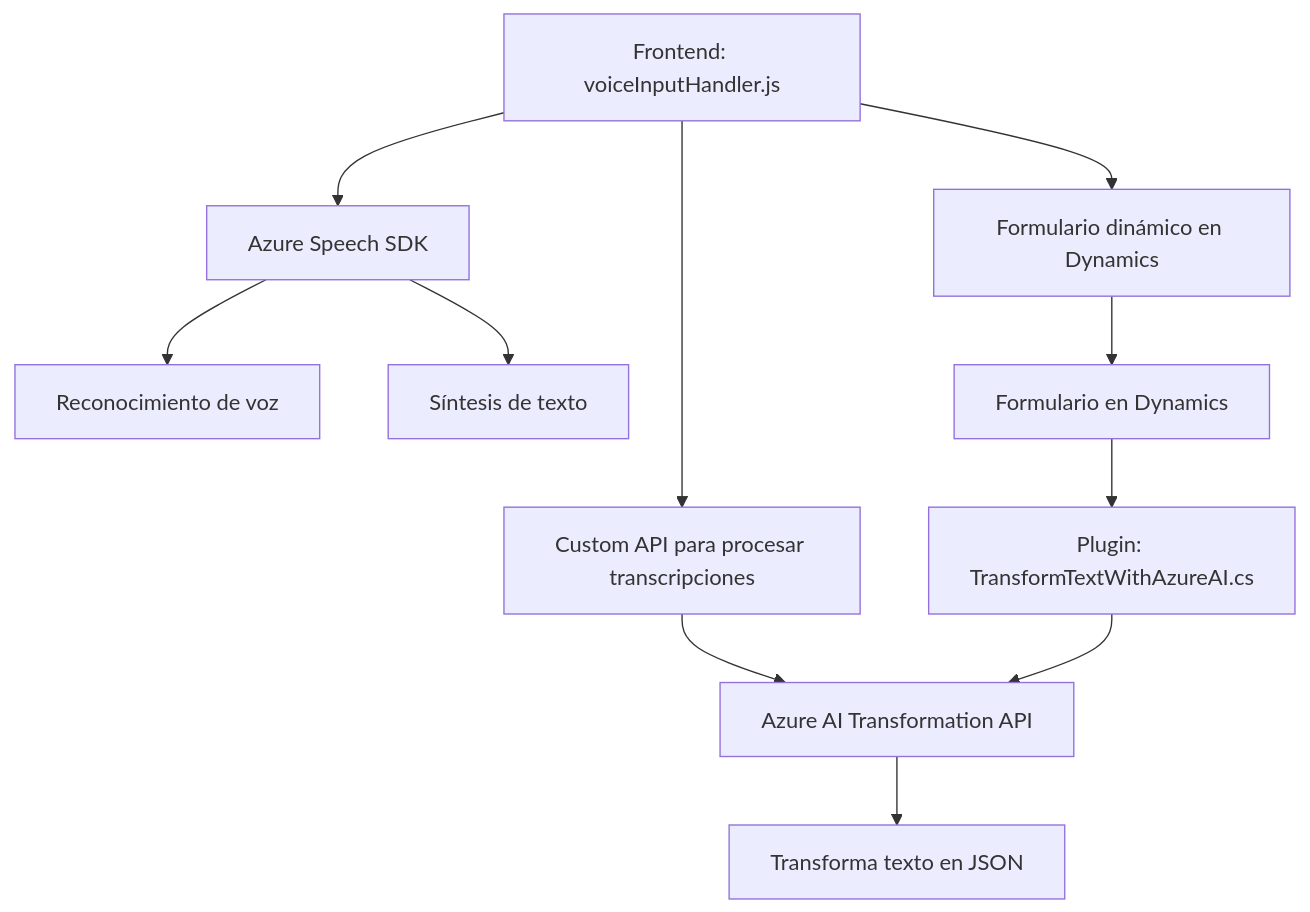
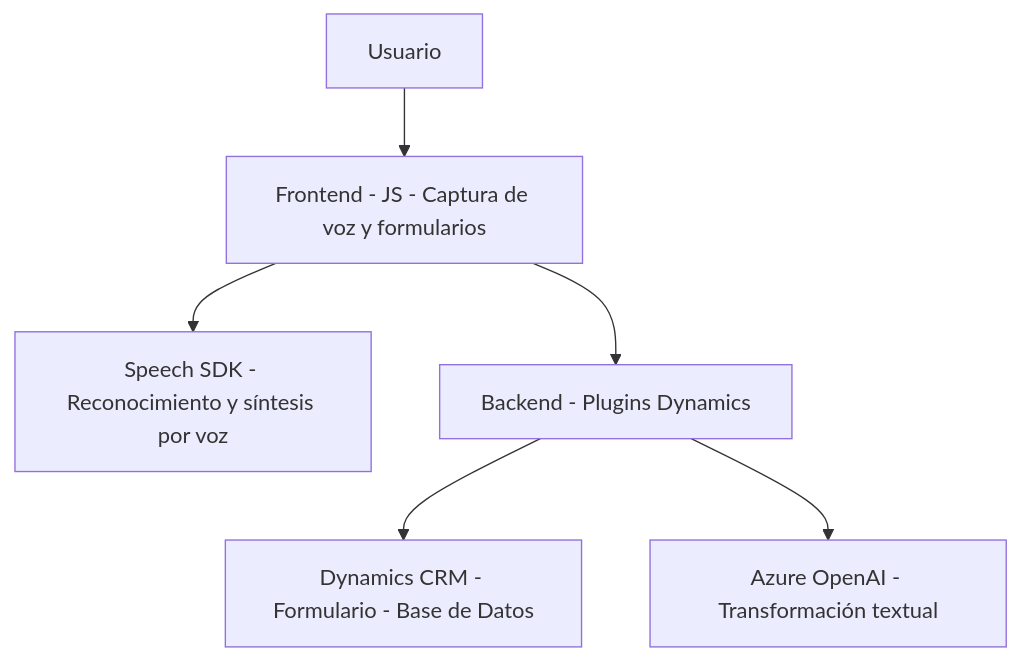
One commit to blopezdm/NETCORE_BILBAO2025 changed the diagram in README.md. Above: the diagram before and after it, drawn with Mermaid. The commit also changed other lines of this file, not shown here.

````diff
--- a/README.md
+++ b/README.md
@@ -60,13 +40,15 @@
 ```mermaid
 graph TD
-    A["Frontend: voiceInputHandler.js"] --> B["Azure Speech SDK"]
-    A --> C["Formulario dinámico en Dynamics"]
-    A --> D["Custom API para procesar transcripciones"]
-    B --> E["Reconocimiento de voz"]
-    B --> F["Síntesis de texto"]
-    D --> G["Azure AI Transformation API"]
-    G --> H["Transforma texto en JSON"]
-    C --> I["Formulario en Dynamics"]
-    I --> J["Plugin: TransformTextWithAzureAI.cs"]
-    J --> G
+  A["Frontend - JS - Captura de voz y formularios"]
+  B["Speech SDK - Reconocimiento y síntesis por voz"]
+  C["Backend - Plugins Dynamics"]
+  D["Dynamics CRM - Formulario - Base de Datos"]
+  E["Azure OpenAI - Transformación textual"]
+  F["Usuario"]
+  
+  F --> A
+  A --> B
+  A --> C
+  C --> D
+  C --> E
 ```
````
